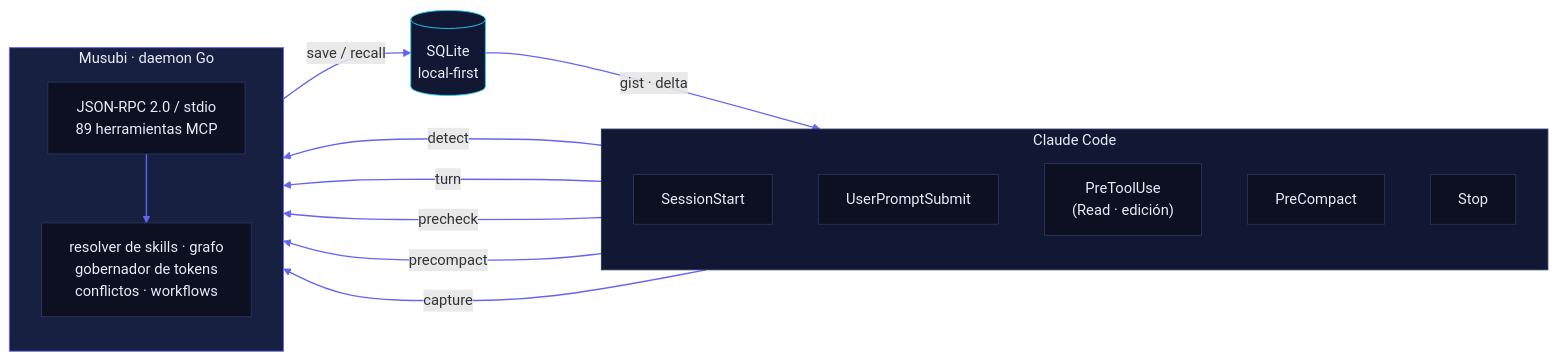
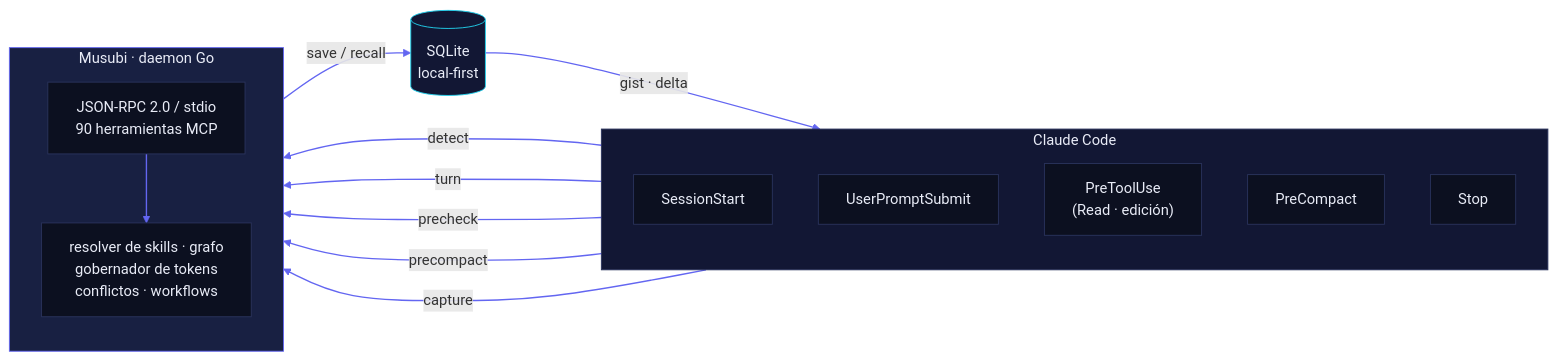
Before and after one commit to codeabraham16/musubi: the first of 3 diagrams in README.md, drawn with Mermaid. The commit also changed other lines of this file and 19 other files, not shown here.

First line of the commit message:
feat(spec-graph): musubi_spec_archive funde el delta SDD (#794)

````diff
--- a/README.md
+++ b/README.md
@@ -91,34 +91,34 @@
 ```mermaid
 flowchart LR
     subgraph CC["Claude Code"]
         direction TB
         H1["SessionStart"]
         H2["UserPromptSubmit"]
         H3["PreToolUse<br/>(Read · edición)"]
         H4["PreCompact"]
         H5["Stop"]
     end
     subgraph M["Musubi · daemon Go"]
         direction TB
-        RPC["JSON-RPC 2.0 / stdio<br/>89 herramientas MCP"]
+        RPC["JSON-RPC 2.0 / stdio<br/>90 herramientas MCP"]
         COG["resolver de skills · grafo<br/>gobernador de tokens<br/>conflictos · workflows"]
     end
     DB[("SQLite<br/>local-first")]
 
     H1 -- "detect" --> RPC
     H2 -- "turn" --> RPC
     H3 -- "precheck" --> RPC
     H4 -- "precompact" --> RPC
     H5 -- "capture" --> RPC
     RPC --> COG
     COG -- "save / recall" --> DB
     DB -- "gist · delta" --> CC
 
     classDef cc fill:#121734,stroke:#2A335C,color:#E9ECF7;
     classDef mm fill:#182042,stroke:#6366F1,color:#E9ECF7;
     classDef db fill:#121734,stroke:#22D3EE,color:#E9ECF7;
     classDef nd fill:#0C1020,stroke:#2A335C,color:#E9ECF7;
     class CC cc; class M mm; class DB db;
     class H1,H2,H3,H4,H5,RPC,COG nd;
     linkStyle default stroke:#6366F1,stroke-width:1.5px;
 ```
````
